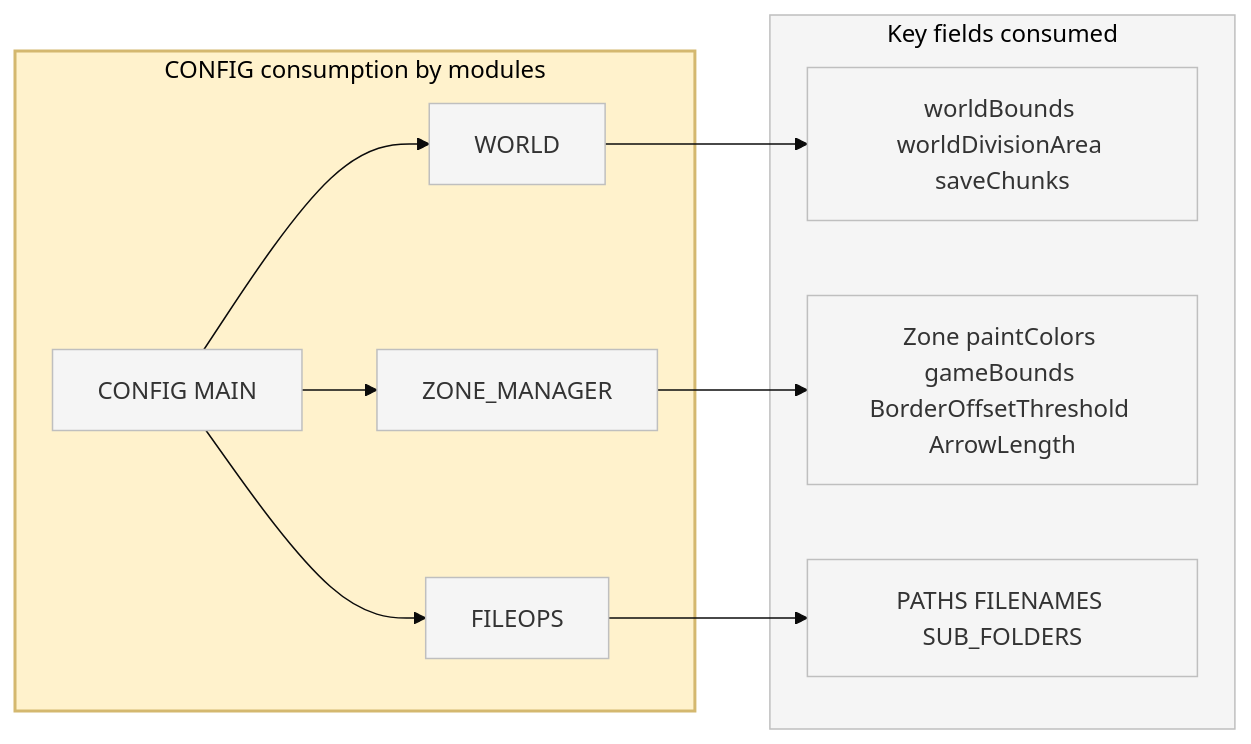
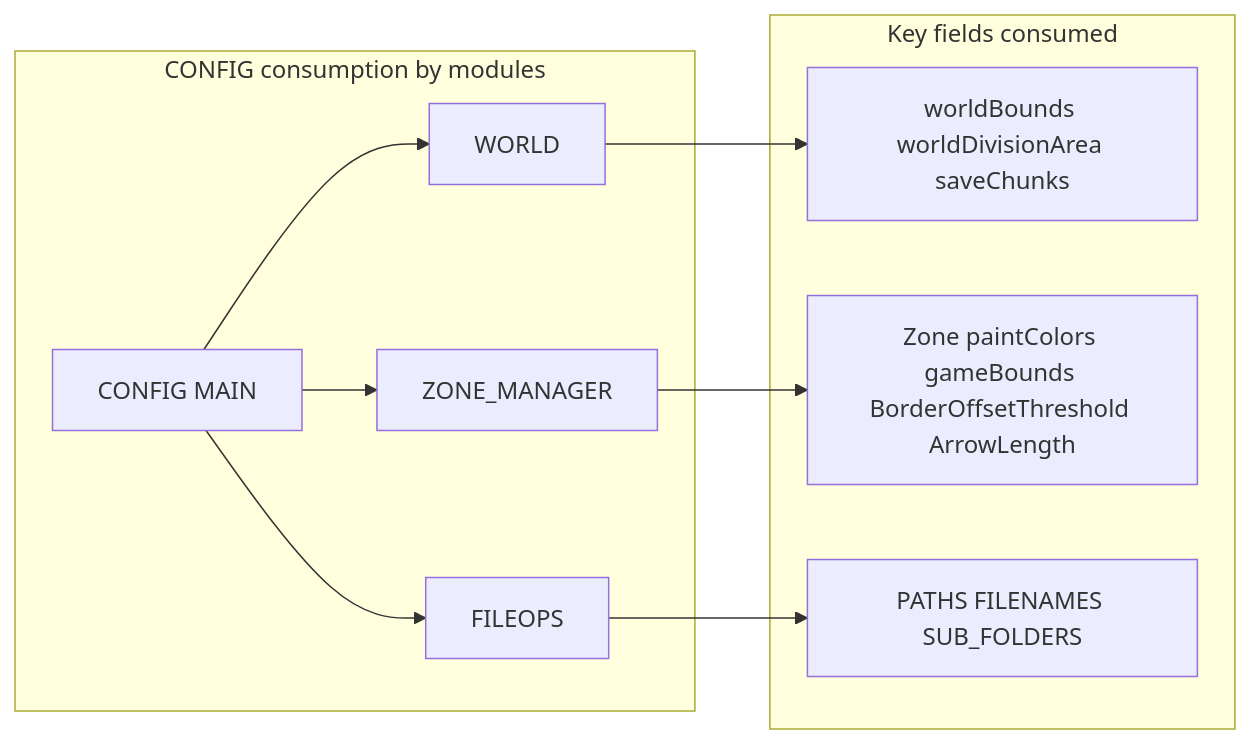
One commit to Gh0st352/AETHR changed the third of 3 diagrams in docs/config/main_schema.md. Above: the diagram before and after it, drawn with Mermaid. The commit also changed other lines of this file and 8 other files, not shown here.

First line of the commit message:
docs(config): standardize Mermaid themes and class names

````diff
--- a/docs/config/main_schema.md
+++ b/docs/config/main_schema.md
@@ -271,26 +256,18 @@
 ```mermaid
-%%{init: {"theme":"base", "themeVariables":{"primaryColor":"#f5f5f5"}}}%%
+%% shared theme: docs/_mermaid/theme.json %%
 flowchart LR
-  subgraph CONSUME [CONFIG consumption by modules]
-    style CONSUME fill:#fff2cc,stroke:#d4b86f,stroke-width:2px
+  subgraph CONSUME["CONFIG consumption by modules"]
     MAIN[CONFIG MAIN] --> WORLD[WORLD]
     MAIN --> ZM[ZONE_MANAGER]
     MAIN --> FILEOPS[FILEOPS]
   end
 
-  subgraph USAGE [Key fields consumed]
-    style USAGE fill:#f5f5f5,stroke:#bfbfbf,stroke-width:1px
+  subgraph USAGE["Key fields consumed"]
     WORLD --> uses_world[worldBounds worldDivisionArea saveChunks]
     ZM --> uses_zm[Zone paintColors gameBounds BorderOffsetThreshold ArrowLength]
     FILEOPS --> uses_fileops[PATHS FILENAMES SUB_FOLDERS]
   end
 
-  classDef node fill:#f5f5f5,stroke:#bfbfbf
-  class MAIN node
-  class WORLD node
-  class ZM node
-  class FILEOPS node
-  class uses_world node
-  class uses_zm node
-  class uses_fileops node
+  %% Use shared class buckets for styling
+  class MAIN,WORLD,ZM,FILEOPS,uses_world,uses_zm,uses_fileops class_data;
 ```
````
